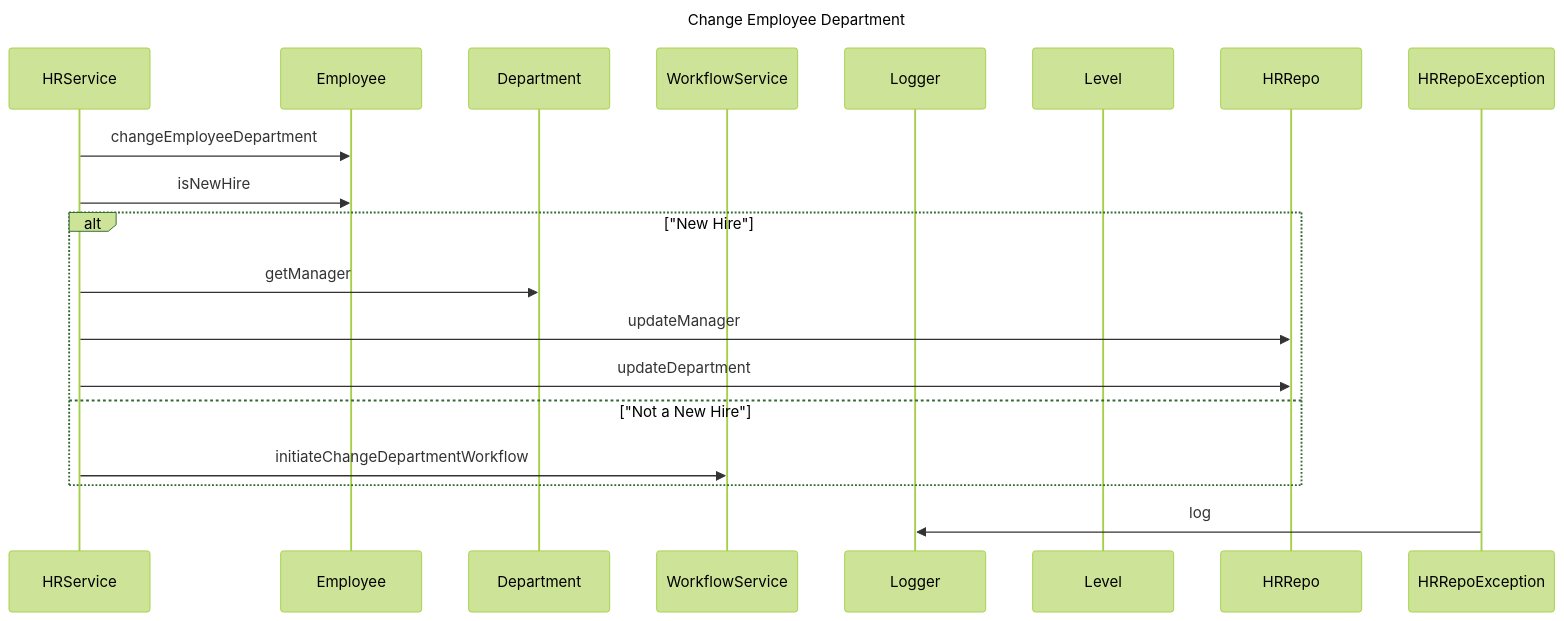
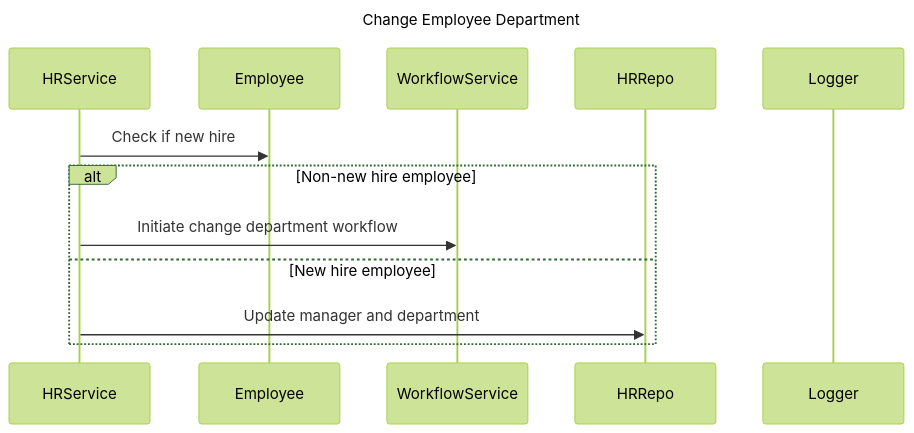
The diagram in mermaid.mmd (RichardHightower/docgen), drawn with Mermaid (forest theme) before and after one commit. The commit also changed 4 other files, not shown here.

```diff
--- a/mermaid.mmd
+++ b/mermaid.mmd
@@ -1,24 +1,17 @@
 ---
 title: Change Employee Department
 ---
 
 sequenceDiagram
     participant HRService
     participant Employee
-    participant Department
     participant WorkflowService
+    participant HRRepo
     participant Logger
-    participant Level
-    participant HRRepo
-    participant HRRepoException
-
-    HRService->>Employee: changeEmployeeDepartment
-    HRService->>Employee: isNewHire
-    alt "New Hire"
-        HRService->>Department: getManager
-        HRService->>HRRepo: updateManager
-        HRService->>HRRepo: updateDepartment
-    else "Not a New Hire"
-        HRService->>WorkflowService: initiateChangeDepartmentWorkflow
+    
+    HRService->>Employee: Check if new hire
+    alt Non-new hire employee
+        HRService->>WorkflowService: Initiate change department workflow
+    else New hire employee
+        HRService->>HRRepo: Update manager and department
     end
-    HRRepoException->>Logger: log
```
